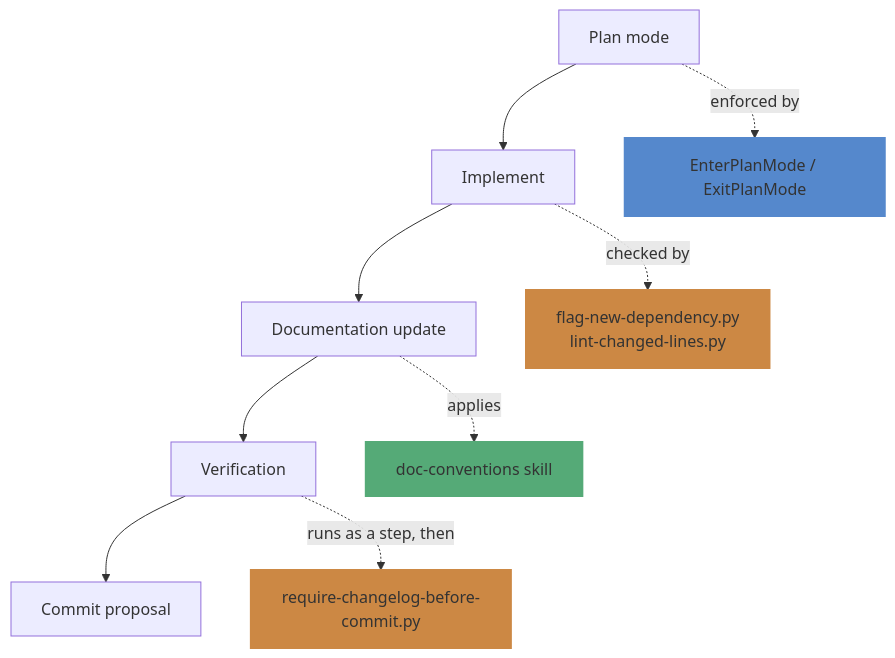
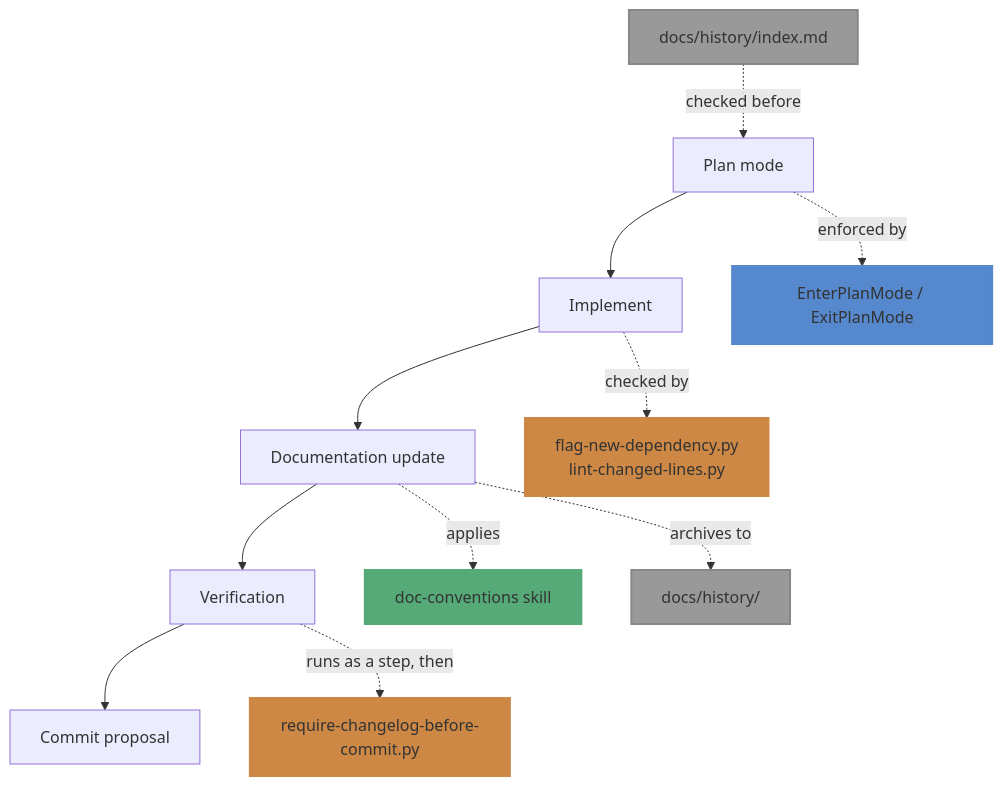
The diagram in docs/00-agents-overview.md (Peter-Ewald/agents), drawn with Mermaid before and after one commit. The commit also changed other lines of this file and 10 other files, not shown here.

First line of the commit message:
Rename implementation_plan.md to backlog.md and add cross-session plan history

````diff
--- a/docs/00-agents-overview.md
+++ b/docs/00-agents-overview.md
@@ -22,17 +22,21 @@
 ```mermaid
 graph TD
-  A["Plan mode"] --> B["Implement"]
+  H0["docs/history/index.md"] -.->|"checked before"| A["Plan mode"]
+  A --> B["Implement"]
   B --> C["Documentation update"]
   C --> D["Verification"]
   D --> E["Commit proposal"]
 
   A -.->|"enforced by"| PM["EnterPlanMode / ExitPlanMode"]
   B -.->|"checked by"| H1["flag-new-dependency.py<br/>lint-changed-lines.py"]
   C -.->|"applies"| S1["doc-conventions skill"]
+  C -.->|"archives to"| H3["docs/history/"]
   D -.->|"runs as a step, then"| H2["require-changelog-before-commit.py"]
 
   style PM fill:#5588cc,stroke:#5588cc,stroke-width:2px
   style H1 fill:#cc8844,stroke:#cc8844,stroke-width:2px
   style S1 fill:#55aa77,stroke:#55aa77,stroke-width:2px
   style H2 fill:#cc8844,stroke:#cc8844,stroke-width:2px
+  style H0 fill:#999999,stroke:#888888,stroke-width:2px
+  style H3 fill:#999999,stroke:#888888,stroke-width:2px
 ```
````
